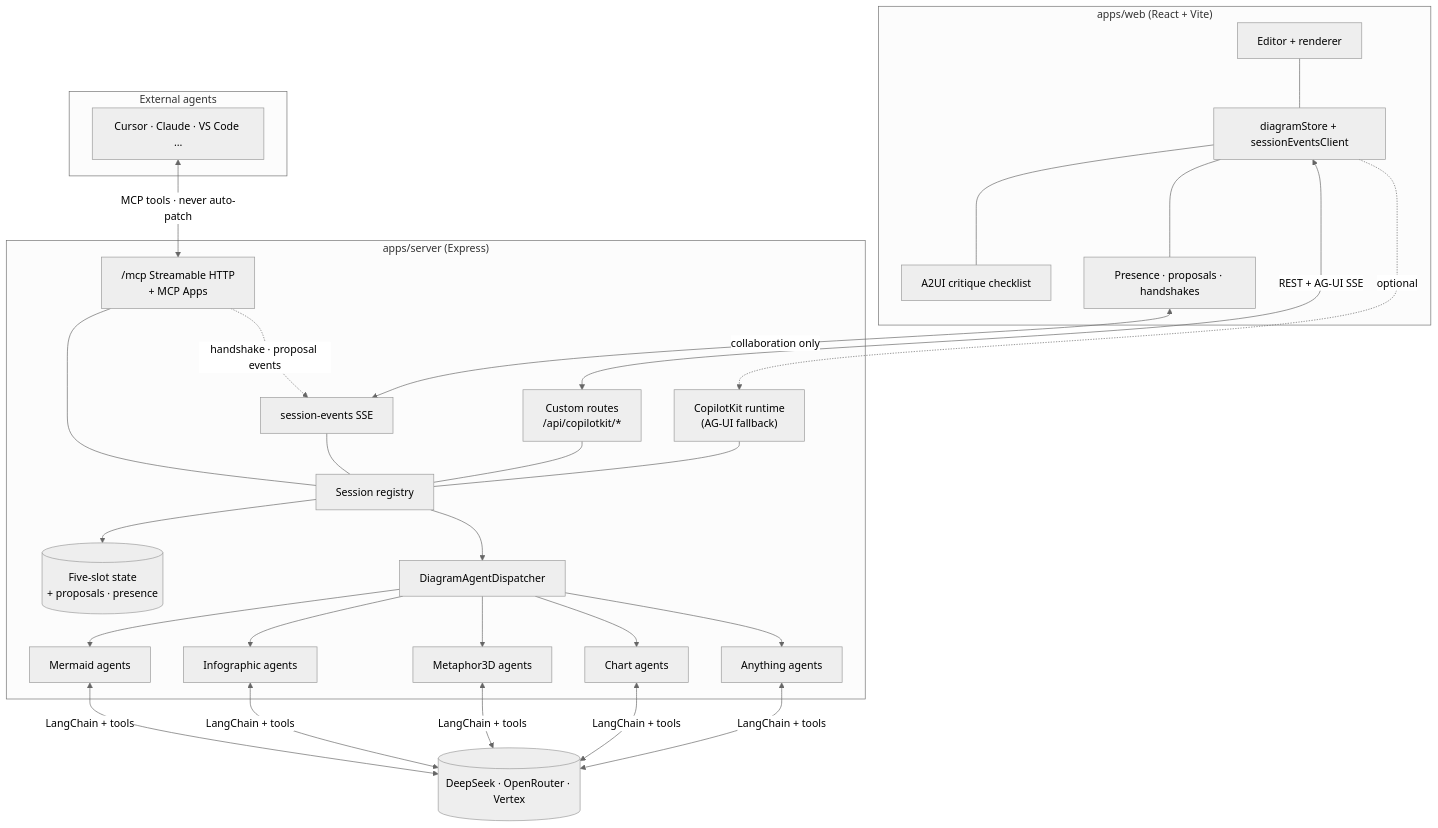
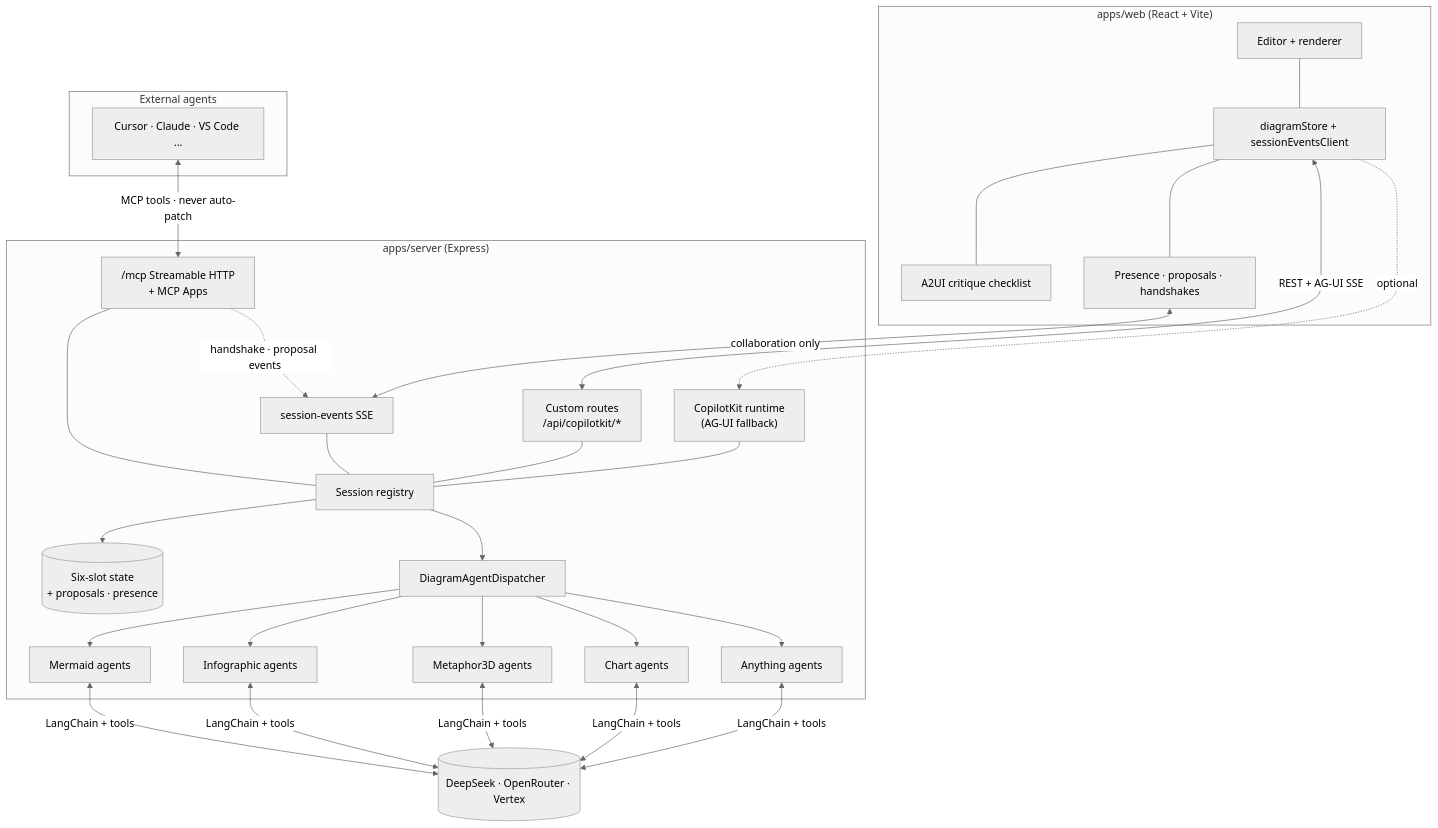
Before and after one commit to acuhlmann/mermaid-gen: the diagram in docs/guide/system-overview.md, drawn with Mermaid (neutral theme). The commit also changed other lines of this file and 45 other files, not shown here.

````diff
--- a/docs/guide/system-overview.md
+++ b/docs/guide/system-overview.md
@@ -7,51 +7,51 @@
 ```mermaid
 flowchart TB
   subgraph client ["apps/web (React + Vite)"]
     UI["Editor + renderer"]
     GenUI["A2UI critique checklist"]
     Collab["Presence · proposals · handshakes"]
     Store[diagramStore + sessionEventsClient]
     UI --- Store
     Store --- GenUI
     Store --- Collab
   end
 
   subgraph server ["apps/server (Express)"]
     Router["Custom routes\n/api/copilotkit/*"]
     SE["session-events SSE"]
     MCP["/mcp Streamable HTTP\n+ MCP Apps"]
     CK["CopilotKit runtime\n(AG-UI fallback)"]
     Reg["Session registry"]
-    SS[("Five-slot state\n+ proposals · presence")]
+    SS[("Six-slot state\n+ proposals · presence")]
     Dispatcher["DiagramAgentDispatcher"]
     MA[Mermaid agents]
     IA[Infographic agents]
     MEA[Metaphor3D agents]
     CA[Chart agents]
     AA[Anything agents]
     Router --- Reg
     SE --- Reg
     MCP --- Reg
     CK --- Reg
     Reg --> SS
     Reg --> Dispatcher
     Dispatcher --> MA
     Dispatcher --> IA
     Dispatcher --> MEA
     Dispatcher --> CA
     Dispatcher --> AA
   end
 
   subgraph guests ["External agents"]
     Cursor["Cursor · Claude · VS Code …"]
   end
 
   LLM[("DeepSeek · OpenRouter · Vertex")]
 
   Store <-->|"REST + AG-UI SSE"| Router
   Collab <-->|"collaboration only"| SE
   Cursor <-->|"MCP tools · never auto-patch"| MCP
   Store -.->|"optional"| CK
   MA & IA & MEA & CA & AA <-->|"LangChain + tools"| LLM
   MCP -.->|"handshake · proposal events"| SE
 ```
````
